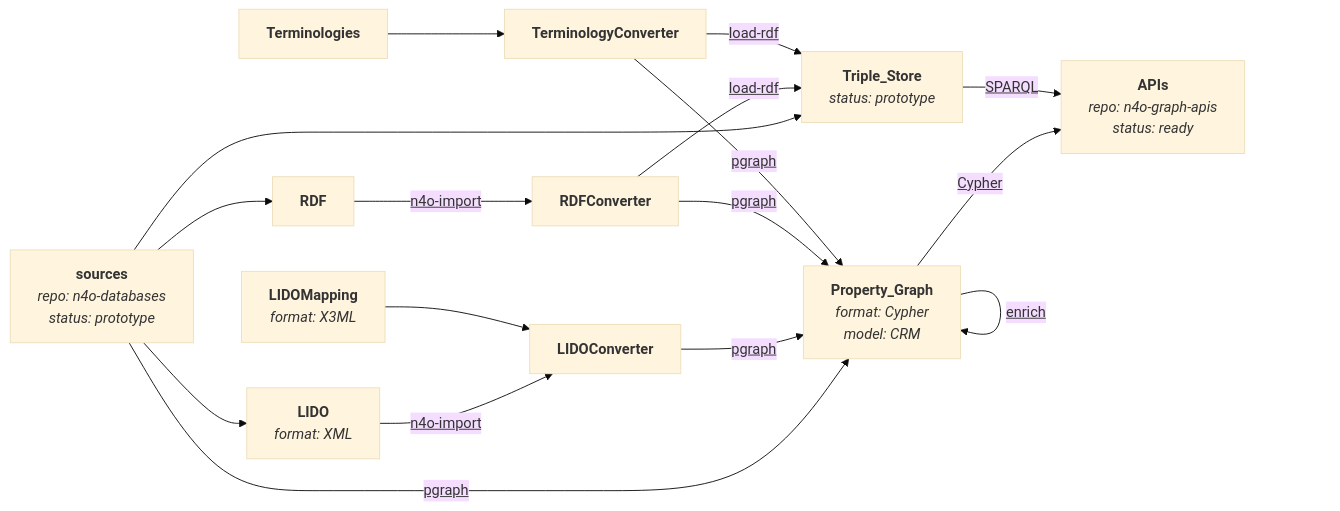
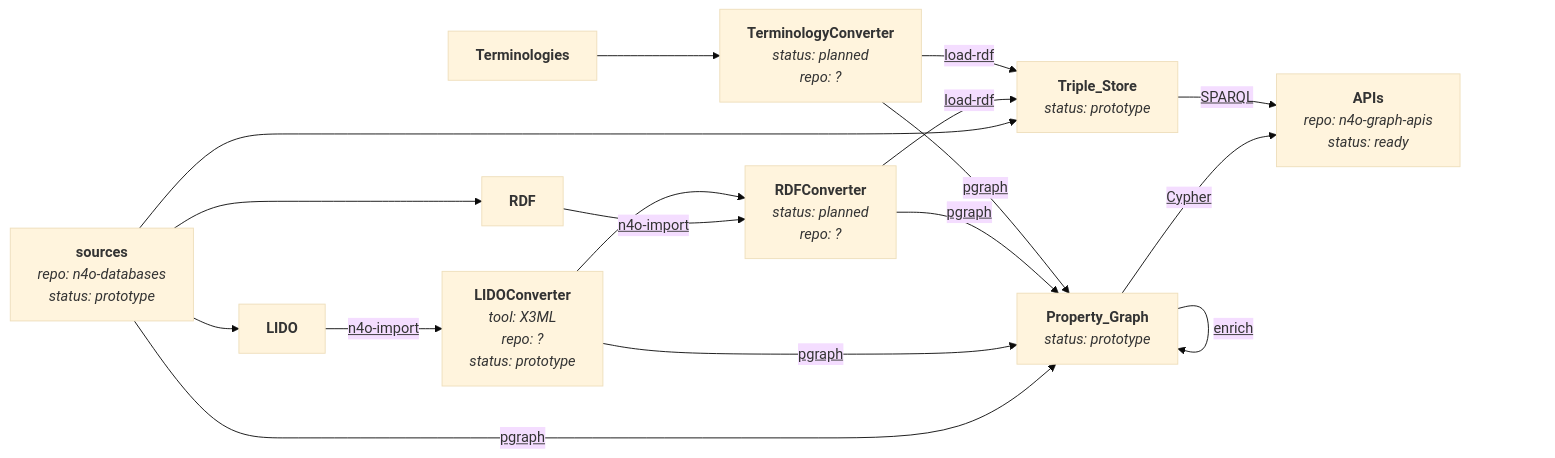
The diagram in manual/img/data-flow.mmd (nfdi4objects/n4o-graph), drawn with Mermaid (base theme) before and after one commit. The commit also changed 1 other file, not shown here.

Commit message:
Adjust data-flow

```diff
--- a/manual/img/data-flow.mmd
+++ b/manual/img/data-flow.mmd
@@ -1,28 +1,27 @@
 flowchart LR
     APIs["<b>APIs</b><br/><i>repo: n4o-graph-apis</i><br/><i>status: ready</i>"]
-    LIDO["<b>LIDO</b><br/><i>format: XML</i>"]
-    LIDOConverter["<b>LIDOConverter</b>"]
-    LIDOMapping["<b>LIDOMapping</b><br/><i>format: X3ML</i>"]
-    Property_Graph["<b>Property_Graph</b><br/><i>format: Cypher</i><br/><i>model: CRM</i>"]
+    LIDO["<b>LIDO</b>"]
+    LIDOConverter["<b>LIDOConverter</b><br/><i>tool: X3ML</i><br/><i>repo: ?</i><br/><i>status: prototype</i>"]
+    Property_Graph["<b>Property_Graph</b><br/><i>status: prototype</i>"]
     RDF["<b>RDF</b>"]
-    RDFConverter["<b>RDFConverter</b>"]
+    RDFConverter["<b>RDFConverter</b><br/><i>status: planned</i><br/><i>repo: ?</i>"]
     Terminologies["<b>Terminologies</b>"]
-    TerminologyConverter["<b>TerminologyConverter</b>"]
+    TerminologyConverter["<b>TerminologyConverter</b><br/><i>status: planned</i><br/><i>repo: ?</i>"]
     Triple_Store["<b>Triple_Store</b><br/><i>status: prototype</i>"]
     sources["<b>sources</b><br/><i>repo: n4o-databases</i><br/><i>status: prototype</i>"]
     sources -- "<u>pgraph</u>" --> Property_Graph
     sources --> Triple_Store
     sources --> LIDO
     sources --> RDF
     LIDO -- "<u>n4o-import</u>" --> LIDOConverter
     LIDOConverter -- "<u>pgraph</u>" --> Property_Graph
     RDF -- "<u>n4o-import</u>" --> RDFConverter
     RDFConverter -- "<u>load-rdf</u>" --> Triple_Store
     RDFConverter -- "<u>pgraph</u>" --> Property_Graph
     Property_Graph -- "<u>enrich</u>" --> Property_Graph
-    LIDOMapping --> LIDOConverter
+    LIDOConverter --> RDFConverter
     Property_Graph -- "<u>Cypher</u>" --> APIs
     Triple_Store -- "<u>SPARQL</u>" --> APIs
     Terminologies --> TerminologyConverter
     TerminologyConverter -- "<u>load-rdf</u>" --> Triple_Store
     TerminologyConverter -- "<u>pgraph</u>" --> Property_Graph
```
